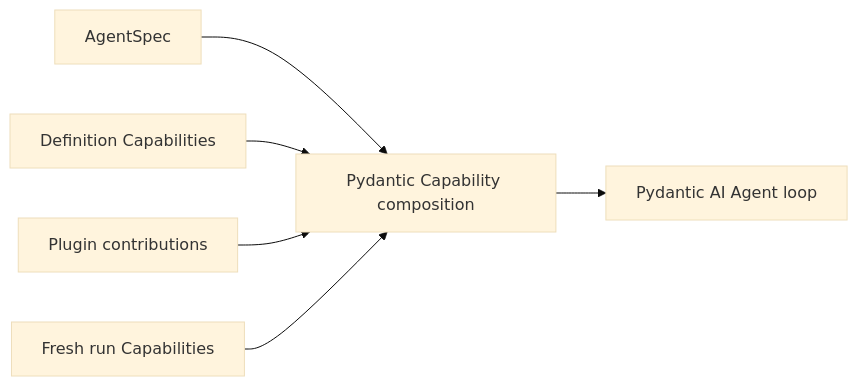
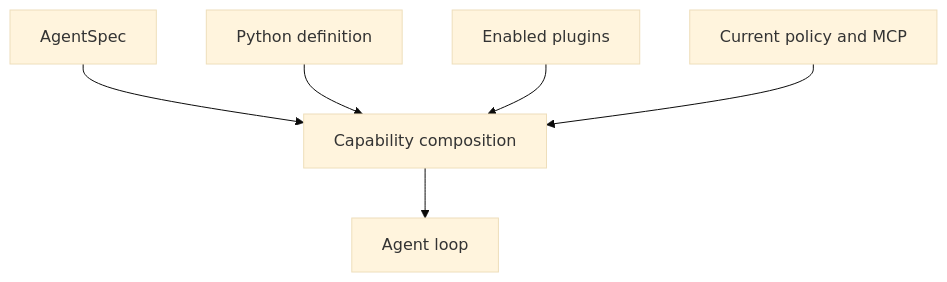
The diagram in docs/a13n-harness/capabilities.md (Jarvis636431/agent-foundation), drawn with Mermaid (base theme) before and after one commit. The commit also changed other lines of this file and 202 other files, not shown here.

````diff
--- a/docs/a13n-harness/capabilities.md
+++ b/docs/a13n-harness/capabilities.md
@@ -19,11 +82,11 @@
 ```mermaid
-flowchart LR
-    Spec[AgentSpec] --> PAI[Pydantic Capability composition]
-    Definition[Definition Capabilities] --> PAI
-    Plugin[Plugin contributions] --> PAI
-    Run[Fresh run Capabilities] --> PAI
-    PAI --> Loop[Pydantic AI Agent loop]
+flowchart TD
+    Spec[AgentSpec] --> PAI[Capability composition]
+    Definition[Python definition] --> PAI
+    Plugin[Enabled plugins] --> PAI
+    Run[Current policy and MCP] --> PAI
+    PAI --> Loop[Agent loop]
 
     class Spec,Definition,Plugin,Run a13n
     class PAI,Loop ext
 ```
````
